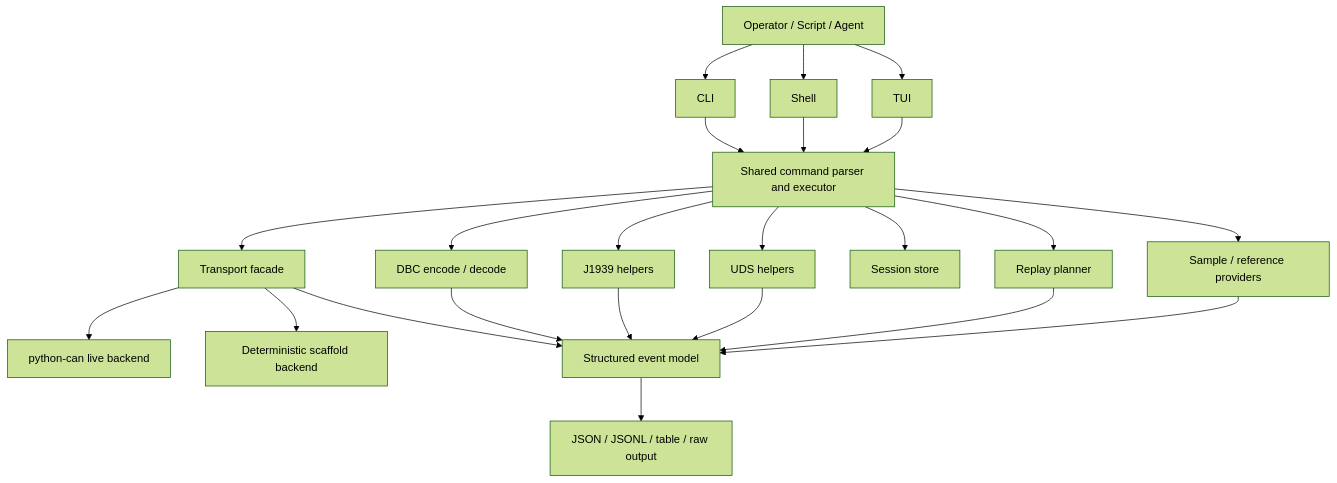
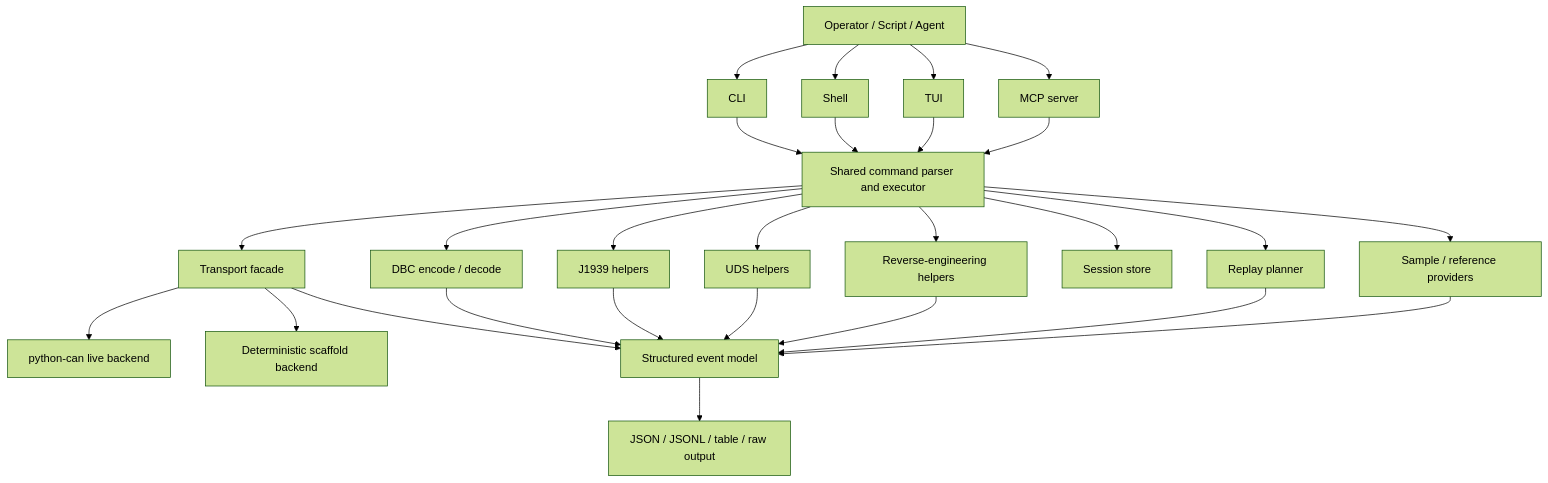
One commit to hexsecs/canarchy changed the first of 5 diagrams in docs/architecture.md. Above: the diagram before and after it, drawn with Mermaid (forest theme). The commit also changed other lines of this file, not shown here.

First line of the commit message:
Refresh architecture docs for MCP and RE

````diff
--- a/docs/architecture.md
+++ b/docs/architecture.md
@@ -24,30 +24,34 @@
 ```mermaid
 flowchart TD
     U[Operator / Script / Agent] --> CLI[CLI]
     U --> SH[Shell]
     U --> TUI[TUI]
+    U --> MCP[MCP server]
 
     CLI --> CMD[Shared command parser and executor]
     SH --> CMD
     TUI --> CMD
+    MCP --> CMD
 
     CMD --> TP[Transport facade]
     CMD --> DBC[DBC encode / decode]
     CMD --> J[J1939 helpers]
     CMD --> UDS[UDS helpers]
+    CMD --> RE[Reverse-engineering helpers]
     CMD --> SES[Session store]
     CMD --> REP[Replay planner]
 
     TP --> PY[python-can live backend]
     TP --> SC[Deterministic scaffold backend]
     CMD --> REF[Sample / reference providers]
 
     DBC --> EV[Structured event model]
     J --> EV
     UDS --> EV
+    RE --> EV
     TP --> EV
     REP --> EV
     REF --> EV
 
     EV --> OUT[JSON / JSONL / table / raw output]
 ```
````
